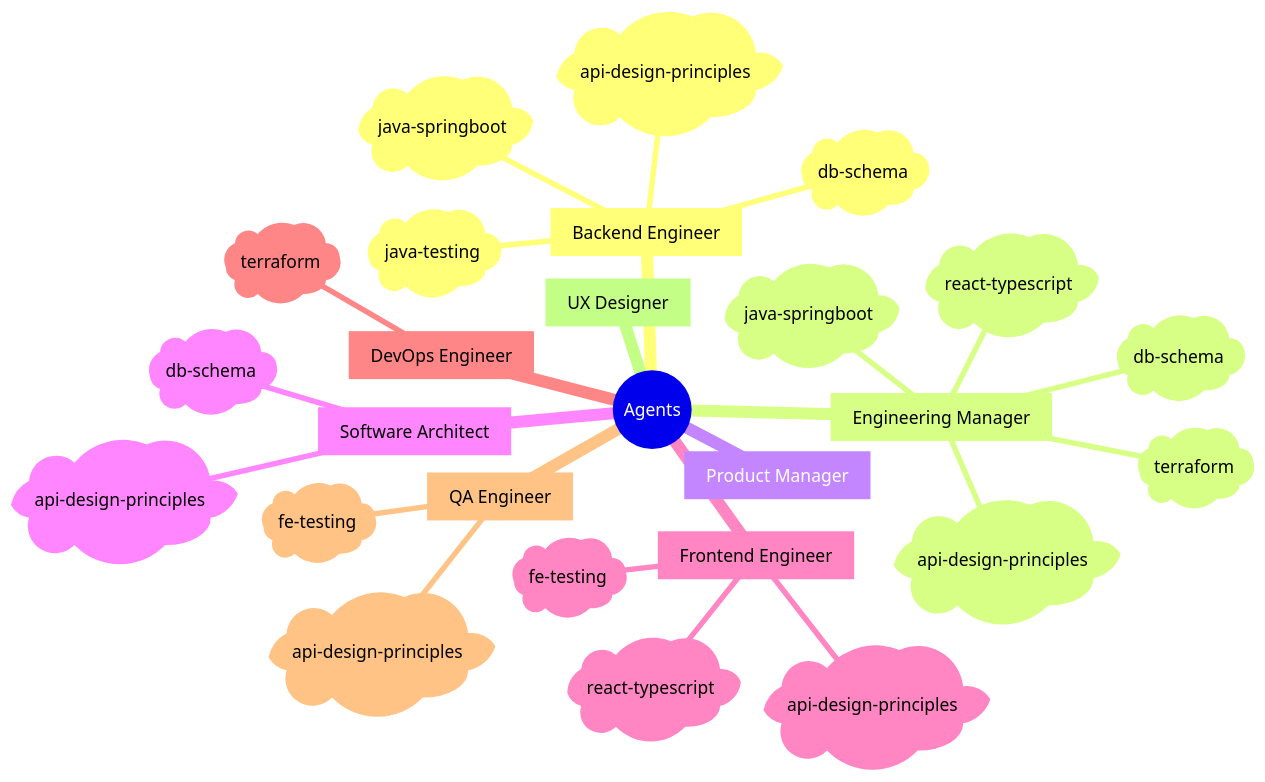
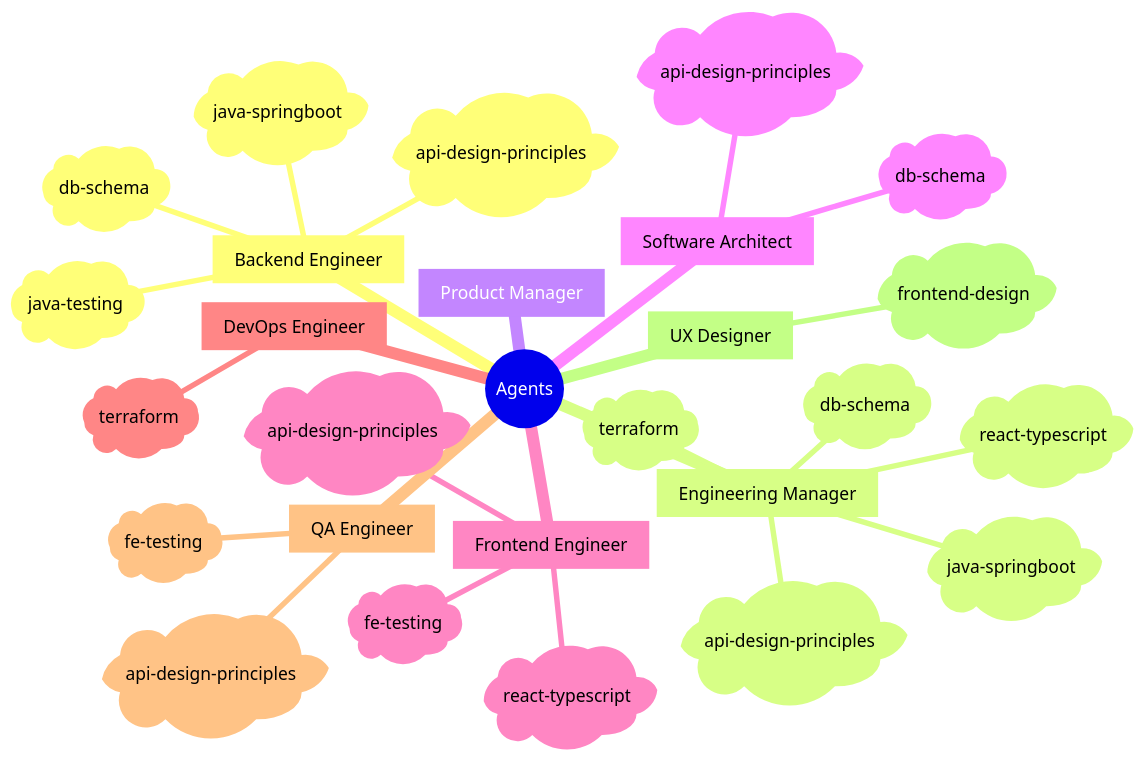
Before and after one commit to sans-github/agents: the first of 3 diagrams in README.md, drawn with Mermaid. The commit also changed other lines of this file and 4 other files, not shown here.

````diff
--- a/README.md
+++ b/README.md
@@ -35,29 +55,30 @@
 ```mermaid
 mindmap
   root((Agents))
     [Backend Engineer]
       )db-schema(
       )java-springboot(
       )api-design-principles(
       )java-testing(
     [Engineering Manager]
       )db-schema(
       )java-springboot(
       )api-design-principles(
       )react-typescript(
       )terraform(
     [Product Manager]
     [Software Architect]
       )api-design-principles(
       )db-schema(
     [Frontend Engineer]
       )api-design-principles(
       )react-typescript(
       )fe-testing(
     [DevOps Engineer]
       )terraform(
     [QA Engineer]
       )api-design-principles(
       )fe-testing(
     [UX Designer]
+      )frontend-design(
 ```
````
